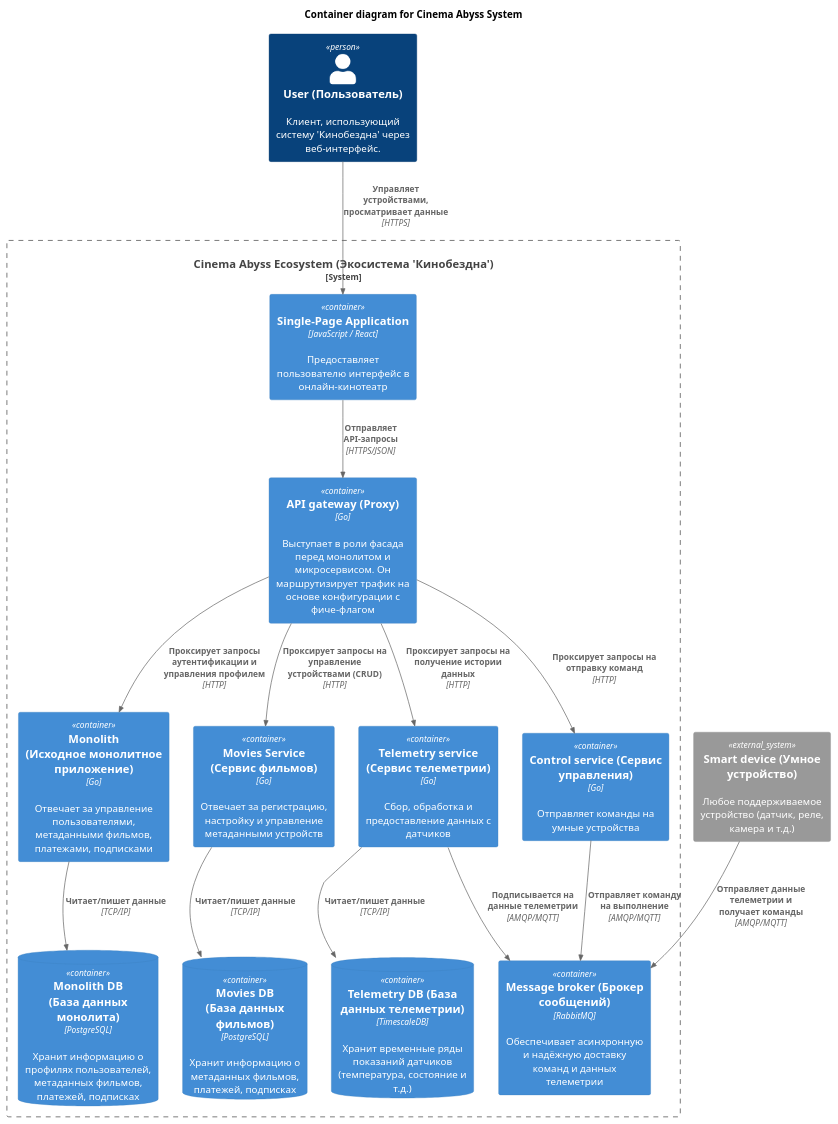
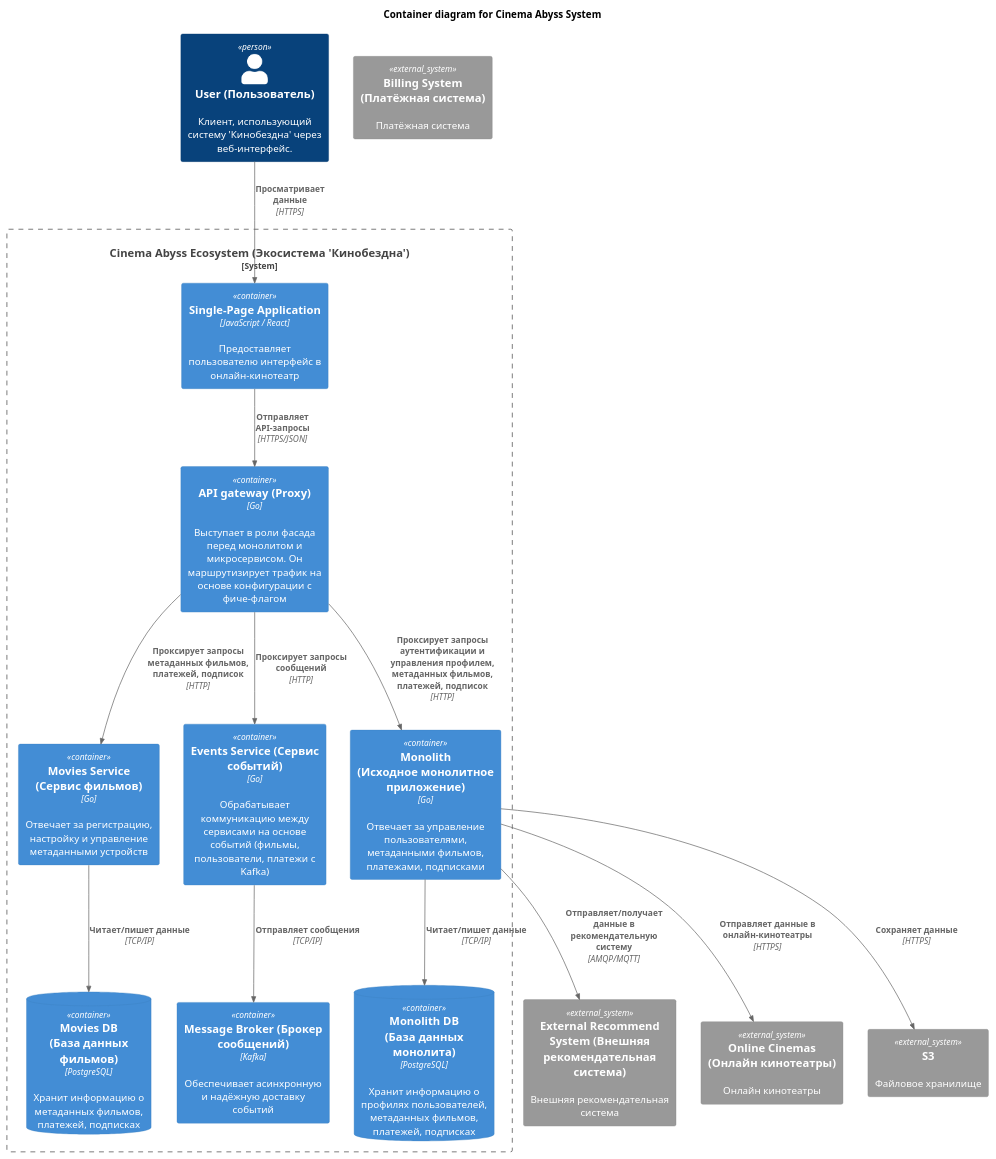
One commit to kotenev/architecture-pro-cinemaabyss changed the diagram in diagrams/container/CinemaAbyss_Container.puml. Above: the diagram before and after it, drawn with PlantUML.

Commit message:
Скорректирована диаграмма контейнеров C4 для "Кинобездны" (Задание 1 / Стрим 2)

```diff
--- a/diagrams/container/CinemaAbyss_Container.puml
+++ b/diagrams/container/CinemaAbyss_Container.puml
@@ -1,58 +1,57 @@
 @startuml
 !includeurl https://raw.githubusercontent.com/RicardoNiepel/C4-PlantUML/master/C4_Container.puml
 
 title Container diagram for Cinema Abyss System
 
 ' Определяем действующих лиц и внешние системы
 Person(user, "User (Пользователь)", "Клиент, использующий систему 'Кинобездна' через веб-интерфейс.")
-System_Ext(smart_device, "Smart device (Умное устройство)", "Любое поддерживаемое устройство (датчик, реле, камера и т.д.)")
+System_Ext(recommend_system, "External Recommend System (Внешняя рекомендательная система)", "Внешняя рекомендательная система")
+System_Ext(billing_system, "Billing System (Платёжная система)", "Платёжная система")
+System_Ext(online_cinemas, "Online Cinemas (Онлайн кинотеатры)", "Онлайн кинотеатры")
+System_Ext(S3, "S3", "Файловое хранилище")
 
 ' Определяем границы системы
 System_Boundary(c1, "Cinema Abyss Ecosystem (Экосистема 'Кинобездна')") {
 
     ' --- Клиентское приложение ---
     Container(spa, "Single-Page Application", "JavaScript / React", "Предоставляет пользователю интерфейс в онлайн-кинотеатр")
 
     ' --- Внутренние сервисы (микросервисы) ---
     Container(api_gateway, "API gateway (Proxy)", "Go", "Выступает в роли фасада перед монолитом и микросервисом. Он маршрутизирует трафик на основе конфигурации с фиче-флагом")
 
-    Container(user_service, "Monolith\n(Исходное монолитное приложение)", "Go", "Отвечает за управление пользователями, метаданными фильмов, платежами, подписками")
-    ContainerDb(user_db, "Monolith DB\n(База данных монолита)", "PostgreSQL", "Хранит информацию о профилях пользователей, метаданных фильмов, платежей, подписках")
+    Container(monolith, "Monolith\n(Исходное монолитное приложение)", "Go", "Отвечает за управление пользователями, метаданными фильмов, платежами, подписками")
+    ContainerDb(monolith_db, "Monolith DB\n(База данных монолита)", "PostgreSQL", "Хранит информацию о профилях пользователей, метаданных фильмов, платежей, подписках")
 
-    Container(device_service, "Movies Service\n(Сервис фильмов)", "Go", "Отвечает за регистрацию, настройку и управление метаданными устройств")
-    ContainerDb(device_db, "Movies DB\n(База данных фильмов)", "PostgreSQL", "Хранит информацию о метаданных фильмов, платежей, подписках")
+    Container(movies_service, "Movies Service\n(Сервис фильмов)", "Go", "Отвечает за регистрацию, настройку и управление метаданными устройств")
+    ContainerDb(movies_db, "Movies DB\n(База данных фильмов)", "PostgreSQL", "Хранит информацию о метаданных фильмов, платежей, подписках")
 
-    Container(telemetry_service, "Telemetry service (Сервис телеметрии)", "Go", "Сбор, обработка и предоставление данных с датчиков")
-    ContainerDb(telemetry_db, "Telemetry DB (База данных телеметрии)", "TimescaleDB", "Хранит временные ряды показаний датчиков (температура, состояние и т.д.)")
-
-    Container(control_service, "Control service (Сервис управления)", "Go", "Отправляет команды на умные устройства")
+    Container(events_service, "Events Service (Сервис событий)", "Go", "Обрабатывает коммуникацию между сервисами на основе событий (фильмы, пользователи, платежи с Kafka)")
 
     ' --- Брокер сообщений для асинхронного взаимодействия ---
-    Container(message_broker, "Message broker (Брокер сообщений)", "RabbitMQ", "Обеспечивает асинхронную и надёжную доставку команд и данных телеметрии")
+    Container(message_broker, "Message Broker (Брокер сообщений)", "Kafka", "Обеспечивает асинхронную и надёжную доставку событий")
 }
 
 ' --- Определяем связи ---
 
 ' Пользователь и система
-Rel(user, spa, "Управляет устройствами, просматривает данные", "HTTPS")
+Rel(user, spa, "Просматривает данные", "HTTPS")
 Rel(spa, api_gateway, "Отправляет API-запросы", "HTTPS/JSON")
 
 ' API Gateway и внутренние сервисы
-Rel(api_gateway, user_service, "Проксирует запросы аутентификации и управления профилем", "HTTP")
-Rel(api_gateway, device_service, "Проксирует запросы на управление устройствами (CRUD)", "HTTP")
-Rel(api_gateway, telemetry_service, "Проксирует запросы на получение истории данных", "HTTP")
-Rel(api_gateway, control_service, "Проксирует запросы на отправку команд", "HTTP")
+Rel(api_gateway, monolith, "Проксирует запросы аутентификации и управления профилем, метаданных фильмов, платежей, подписок", "HTTP")
+Rel(api_gateway, movies_service, "Проксирует запросы метаданных фильмов, платежей, подписок", "HTTP")
+Rel(api_gateway, events_service, "Проксирует запросы сообщений", "HTTP")
 
 ' Связи сервисов с их базами данных
-Rel(user_service, user_db, "Читает/пишет данные", "TCP/IP")
-Rel(device_service, device_db, "Читает/пишет данные", "TCP/IP")
-Rel(telemetry_service, telemetry_db, "Читает/пишет данные", "TCP/IP")
+Rel(monolith, monolith_db, "Читает/пишет данные", "TCP/IP")
+Rel(movies_service, movies_db, "Читает/пишет данные", "TCP/IP")
 
 ' Асинхронное взаимодействие через брокер
-Rel(control_service, message_broker, "Отправляет команду на выполнение", "AMQP/MQTT")
-Rel(telemetry_service, message_broker, "Подписывается на данные телеметрии", "AMQP/MQTT")
+Rel(events_service, message_broker, "Отправляет сообщения", "TCP/IP")
 
-' Устройства и система
-Rel(smart_device, message_broker, "Отправляет данные телеметрии и получает команды", "AMQP/MQTT")
+' Взаимодействия с внешними системами
+Rel(monolith, recommend_system, "Отправляет/получает данные в рекомендательную систему", "AMQP/MQTT")
+Rel(monolith, online_cinemas, "Отправляет данные в онлайн-кинотеатры", "HTTPS")
+Rel(monolith, S3, "Сохраняет данные", "HTTPS")
 
 @enduml
```
